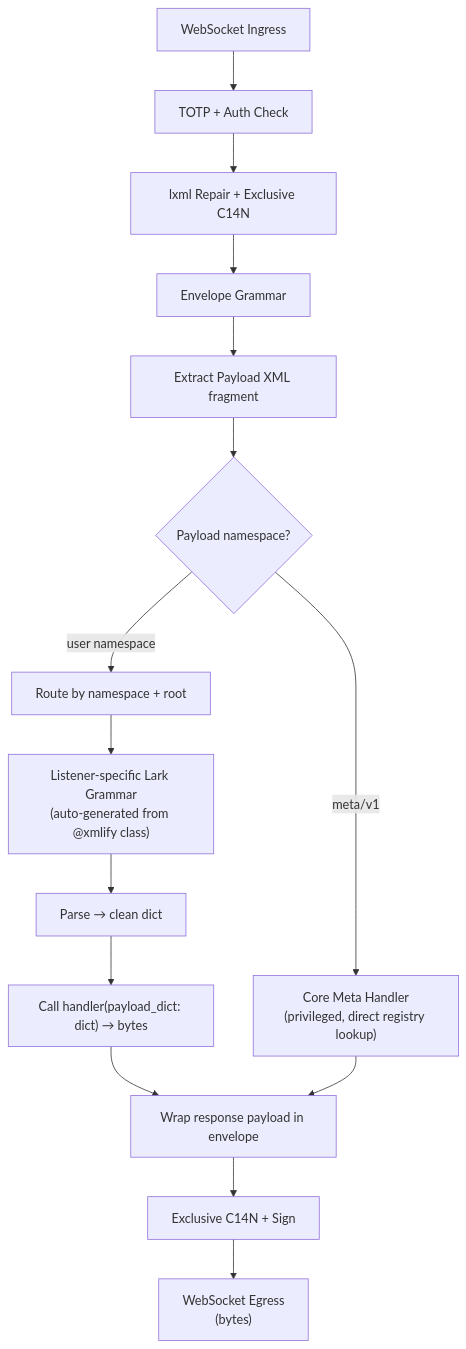
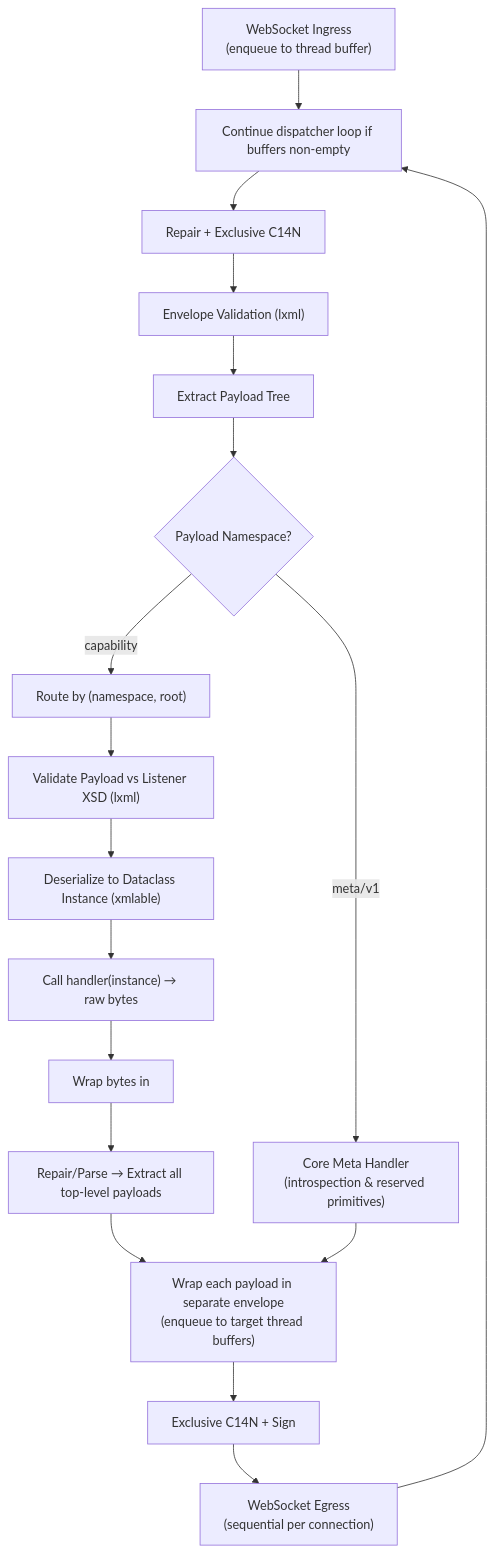
The diagram in docs/message-pump.md (dullfig/Xml-pipeline), drawn with Mermaid before and after one commit. The commit also changed other lines of this file and 9 other files, not shown here.

````diff
--- a/docs/message-pump.md
+++ b/docs/message-pump.md
@@ -5,19 +5,20 @@
 ```mermaid
 flowchart TD
-    A[WebSocket Ingress<br>] --> B[TOTP + Auth Check]
-    B --> C[lxml Repair + Exclusive C14N]
-    C --> D["Envelope Grammar<br>"]
-    D --> E[Extract Payload XML fragment]
-    E --> F{Payload namespace?}
-    
-    F -->|meta/v1| G["Core Meta Handler<br>(privileged, direct registry lookup)"]
-    F -->|user namespace| H[Route by namespace + root]
-    H --> I["Listener-specific Lark Grammar<br>(auto-generated from @xmlify class)"]
-    I --> J[Parse → clean dict]
-    J --> K["Call handler(payload_dict: dict) → bytes"]
-    K --> L[Wrap response payload in envelope]
-    
-    G --> L
-    L --> M[Exclusive C14N + Sign]
-    M --> N["WebSocket Egress<br>(bytes)"]
+    A["WebSocket Ingress\n(enqueue to thread buffer)"] --> B["Dispatcher Loop:\nSelect next message\n(per thread_scheduling strategy)"]
+    B --> C["Repair + Exclusive C14N"]
+    C --> D["Envelope Validation (lxml)"]
+    D --> E["Extract Payload Tree"]
+    E --> F{"Payload Namespace?"}
+    F -->|meta/v1| G["Core Meta Handler\n(introspection & reserved primitives)"]
+    F -->|capability| H["Route by (namespace, root)"]
+    H --> I["Validate Payload vs Listener XSD (lxml)"]
+    I --> J["Deserialize to Dataclass Instance (xmlable)"]
+    J --> K["Call handler(instance) → raw bytes"]
+    K --> L["Wrap bytes in <dummy></dummy>"]
+    L --> M["Repair/Parse → Extract all top-level payloads"]
+    M --> N["Wrap each payload in separate envelope\n(enqueue to target thread buffers)"]
+    G --> N
+    N --> O["Exclusive C14N + Sign"]
+    O --> P["WebSocket Egress\n(sequential per connection)"]
+    P --> B["Continue dispatcher loop if buffers non-empty"]
 ```
````
